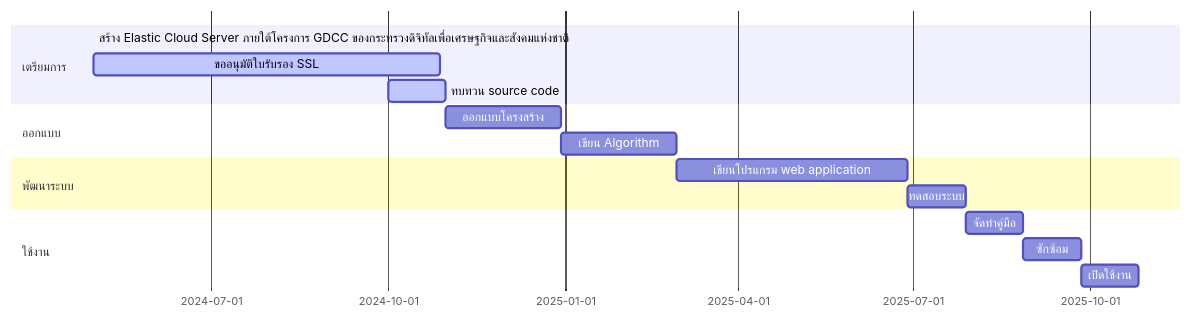
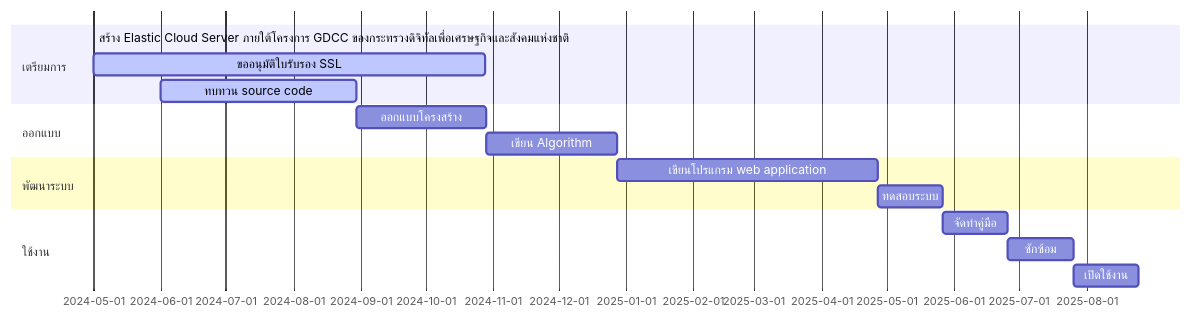
Before and after one commit to Kietpawpan/e-tracking: the first of 2 diagrams in README.md, drawn with Mermaid.

````diff
--- a/README.md
+++ b/README.md
@@ -10,19 +10,19 @@
 ```mermaid
 gantt
     section เตรียมการ
     สร้าง Elastic Cloud Server ภายใต้โครงการ GDCC ของกระทรวงดิจิทัลเพื่อเศรษฐกิจและสังคมแห่งชาติ :done,    des1, 2024-05-01,2024-05-30
     ขออนุมัติใบรับรอง SSL       :active, des2, after des1, 180d
-    ทบทวน source code  :   active, des3, 2024-10-01, 30d
+    ทบทวน source code  :   active, des3, 2024-06-01, 90d
     section ออกแบบ
     ออกแบบโครงสร้าง  :         des4, after des3, 60d
     เขียน Algorithm:   des5, after des4, 60d
     section พัฒนาระบบ
     เขียนโปรแกรม web application  :  des6, after des5, 120d
     ทดสอบระบบ:des7, after des6, 30d
    section ใช้งาน
     จัดทำคู่มือ  :         des8, after des7, 30d
     ซักซ้อม :         des9, after des8, 30d
       เปิดใช้งาน: des10, after des9, 30d
 
 
 ```
````
